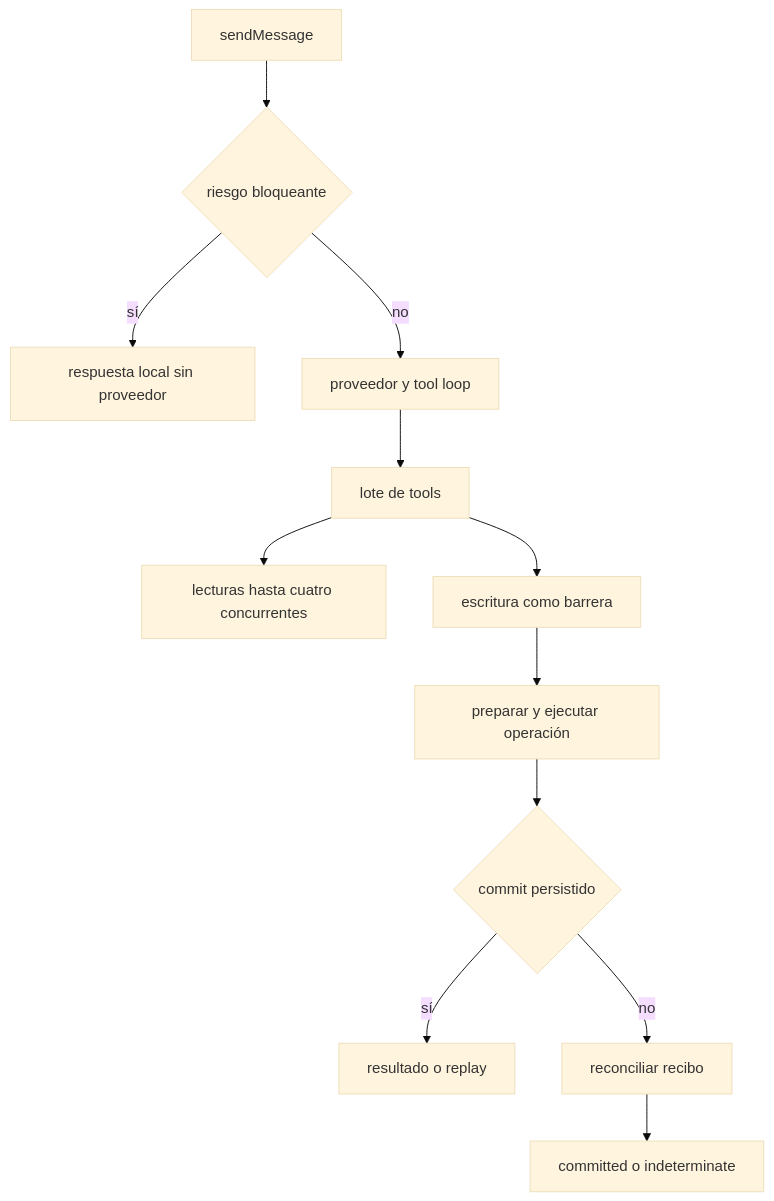
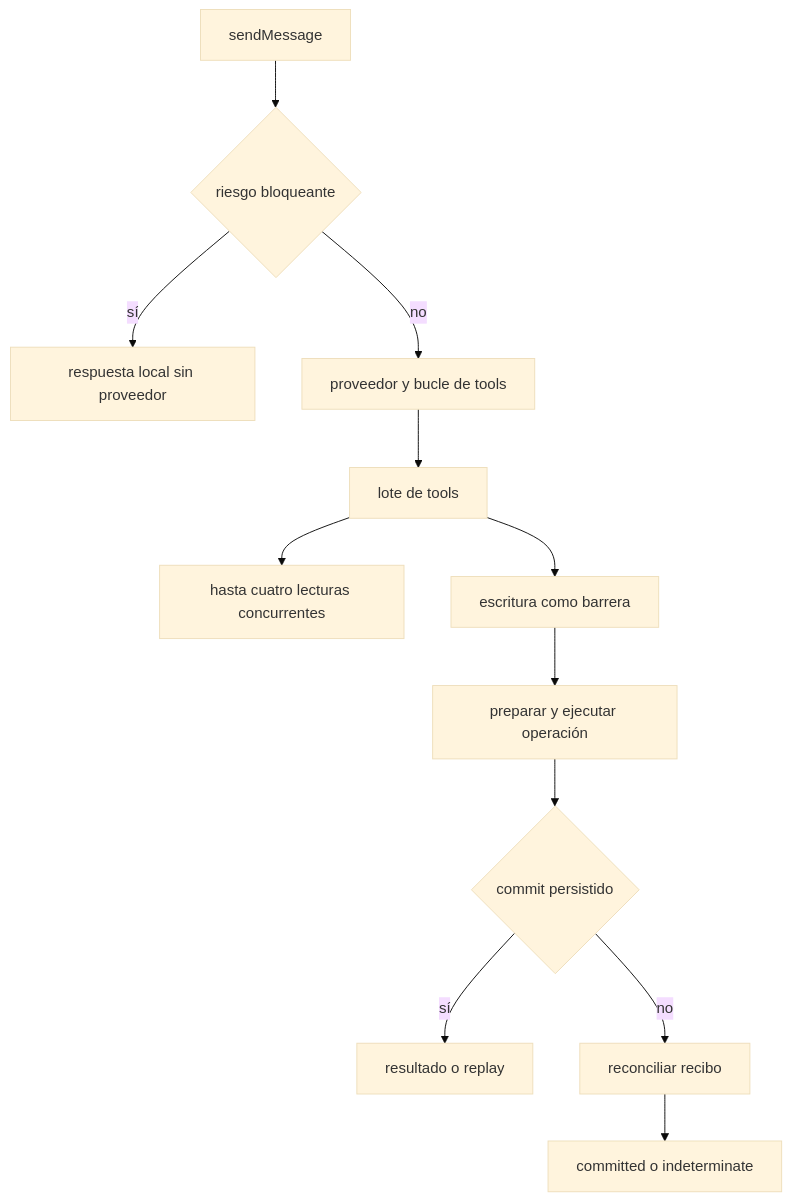
The diagram in openwiki/operations/runtime-behavior.md (maximofn/gymnasia), drawn with Mermaid (base theme) before and after one commit. The commit also changed other lines of this file and 10 other files, not shown here.

````diff
--- a/openwiki/operations/runtime-behavior.md
+++ b/openwiki/operations/runtime-behavior.md
@@ -61,14 +50,14 @@
 ```mermaid
 flowchart TD
   Send["sendMessage"] --> Risk{"riesgo bloqueante"}
   Risk -->|sí| Local["respuesta local sin proveedor"]
-  Risk -->|no| Provider["proveedor y tool loop"]
+  Risk -->|no| Provider["proveedor y bucle de tools"]
   Provider --> Batch["lote de tools"]
-  Batch --> Read["lecturas hasta cuatro concurrentes"]
+  Batch --> Read["hasta cuatro lecturas concurrentes"]
   Batch --> Write["escritura como barrera"]
   Write --> Ledger["preparar y ejecutar operación"]
   Ledger --> Commit{"commit persistido"}
   Commit -->|sí| Done["resultado o replay"]
   Commit -->|no| Reconcile["reconciliar recibo"]
   Reconcile --> Safe["committed o indeterminate"]
 ```
````
